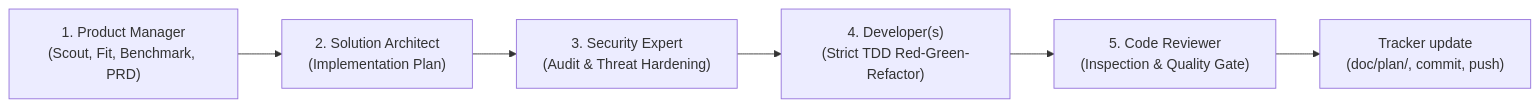
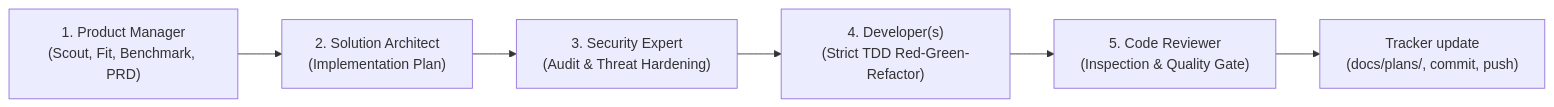
Before and after one commit to themulle/autheris: the diagram in AGENTS.md, drawn with Mermaid. The commit also changed other lines of this file and 12 other files, not shown here.

````diff
--- a/AGENTS.md
+++ b/AGENTS.md
@@ -99,8 +99,8 @@
 ```mermaid
 flowchart LR
     P1["1. Product Manager<br/>(Scout, Fit, Benchmark, PRD)"] --> P2["2. Solution Architect<br/>(Implementation Plan)"]
     P2 --> P3["3. Security Expert<br/>(Audit & Threat Hardening)"]
     P3 --> P4["4. Developer(s)<br/>(Strict TDD Red-Green-Refactor)"]
     P4 --> P5["5. Code Reviewer<br/>(Inspection & Quality Gate)"]
-    P5 --> T["Tracker update<br/>(doc/plan/, commit, push)"]
+    P5 --> T["Tracker update<br/>(docs/plans/, commit, push)"]
 ```
````
